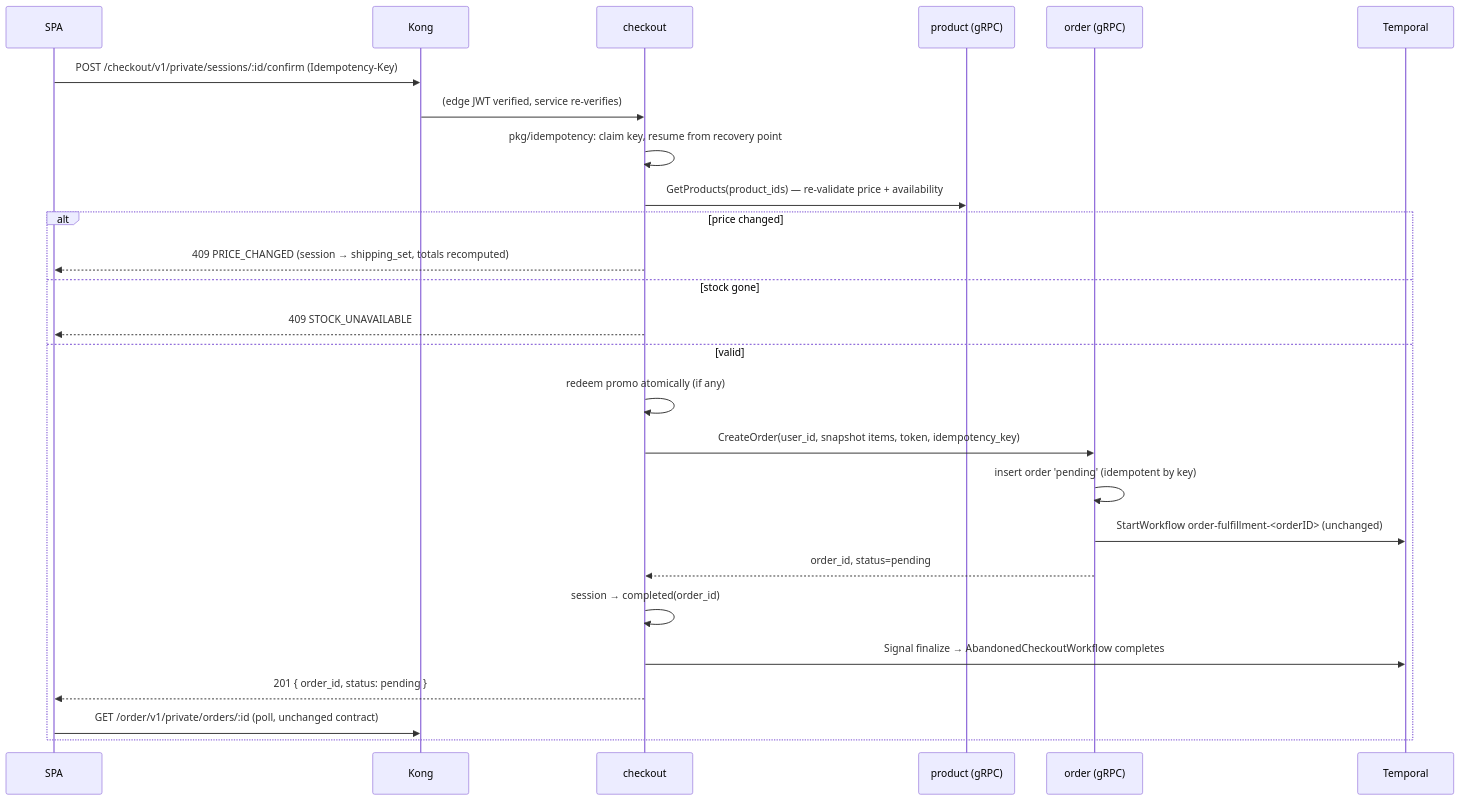
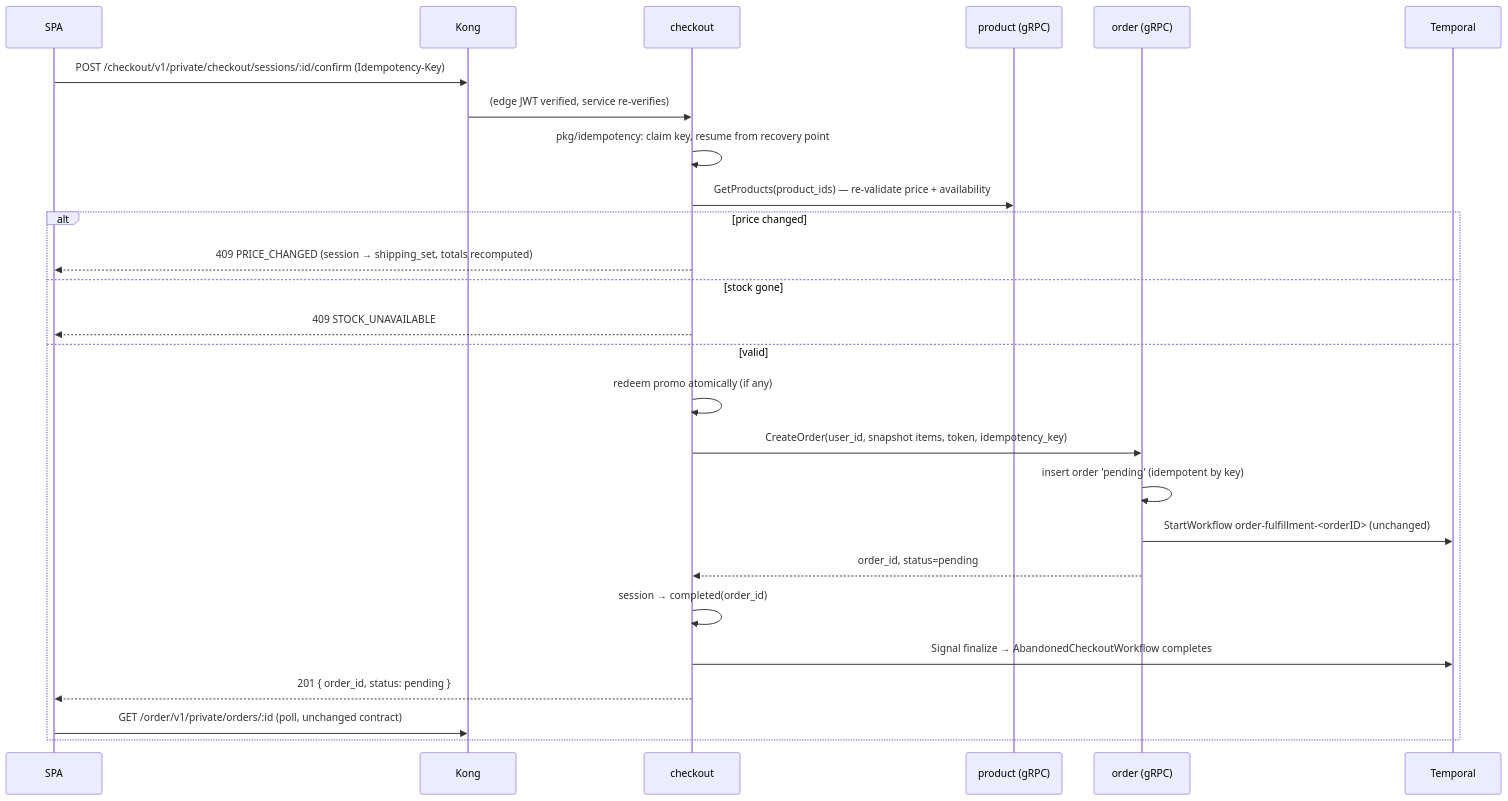
One commit to duynhlab/homelab changed the third of 3 diagrams in docs/proposals/rfc/RFC-0015/README.md. Above: the diagram before and after it, drawn with Mermaid. The commit also changed other lines of this file and 16 other files, not shown here.

````diff
--- a/docs/proposals/rfc/RFC-0015/README.md
+++ b/docs/proposals/rfc/RFC-0015/README.md
@@ -184,29 +184,29 @@
 ```mermaid
 sequenceDiagram
     participant SPA
     participant Kong
     participant CK as checkout
     participant PROD as product (gRPC)
     participant ORD as order (gRPC)
     participant T as Temporal
 
-    SPA->>Kong: POST /checkout/v1/private/sessions/:id/confirm (Idempotency-Key)
+    SPA->>Kong: POST /checkout/v1/private/checkout/sessions/:id/confirm (Idempotency-Key)
     Kong->>CK: (edge JWT verified, service re-verifies)
     CK->>CK: pkg/idempotency: claim key, resume from recovery point
     CK->>PROD: GetProducts(product_ids) — re-validate price + availability
     alt price changed
         CK-->>SPA: 409 PRICE_CHANGED (session → shipping_set, totals recomputed)
     else stock gone
         CK-->>SPA: 409 STOCK_UNAVAILABLE
     else valid
         CK->>CK: redeem promo atomically (if any)
         CK->>ORD: CreateOrder(user_id, snapshot items, token, idempotency_key)
         ORD->>ORD: insert order 'pending' (idempotent by key)
         ORD->>T: StartWorkflow order-fulfillment-<orderID> (unchanged)
         ORD-->>CK: order_id, status=pending
         CK->>CK: session → completed(order_id)
         CK->>T: Signal finalize → AbandonedCheckoutWorkflow completes
         CK-->>SPA: 201 { order_id, status: pending }
         SPA->>Kong: GET /order/v1/private/orders/:id (poll, unchanged contract)
     end
 ```
````
